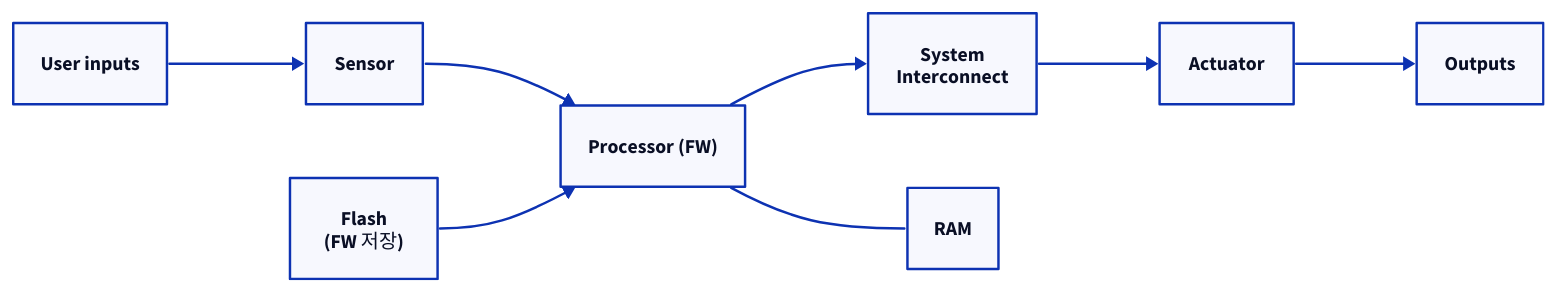
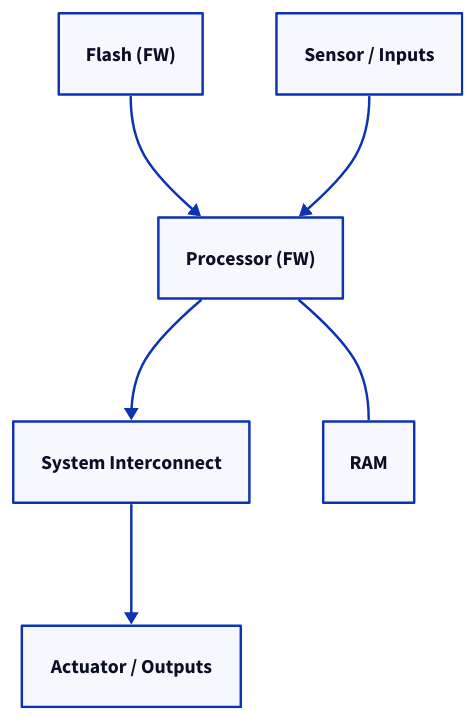
Before and after one commit to humbleowl39/DV_SKOOL: the sixth of 17 diagrams in topics/virtualization/docs/01a_system_architecture_evolution.md, drawn with D2. The commit also changed other lines of this file and 90 other files, not shown here.

First line of the commit message:
docs: 전 토픽 다이어그램 정비 — ASCII→D2, mermaid→D2, 과대 D2 가시성 수정

````diff
--- a/topics/virtualization/docs/01a_system_architecture_evolution.md
+++ b/topics/virtualization/docs/01a_system_architecture_evolution.md
@@ -255,19 +246,15 @@
 ```d2
-direction: right
+direction: down
 
-FLASH: "Flash\n(FW 저장)"
-UI: "User inputs"
-SENS: "Sensor"
+FLASH: "Flash (FW)"
 PROC: "Processor (FW)"
-SI: "System\nInterconnect"
-ACT: "Actuator"
-OUT: "Outputs"
+SI: "System Interconnect"
 RAM: "RAM"
-UI -> SENS
-SENS -> PROC
+IN: "Sensor / Inputs"
+OUT: "Actuator / Outputs"
+FLASH -> PROC
+IN -> PROC
+PROC -- RAM
 PROC -> SI
-SI -> ACT
-ACT -> OUT
-FLASH -> PROC
-PROC -- RAM
+SI -> OUT
 ```
````
